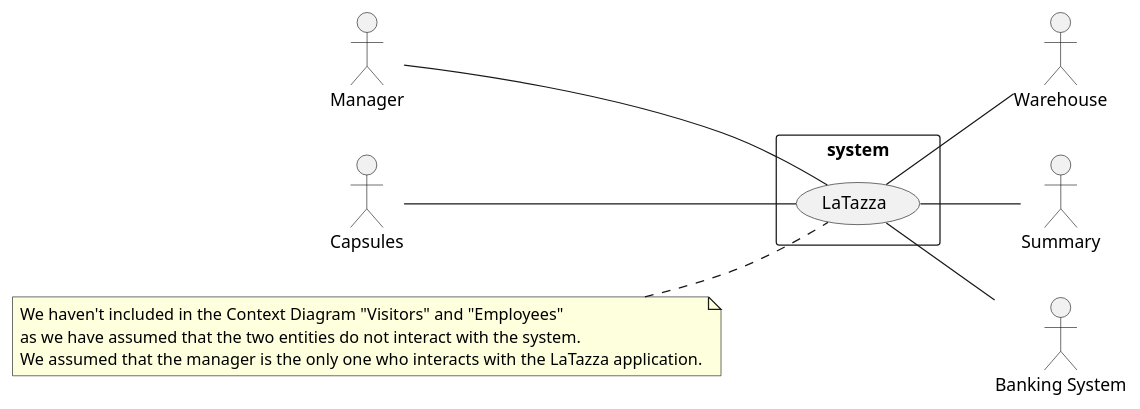
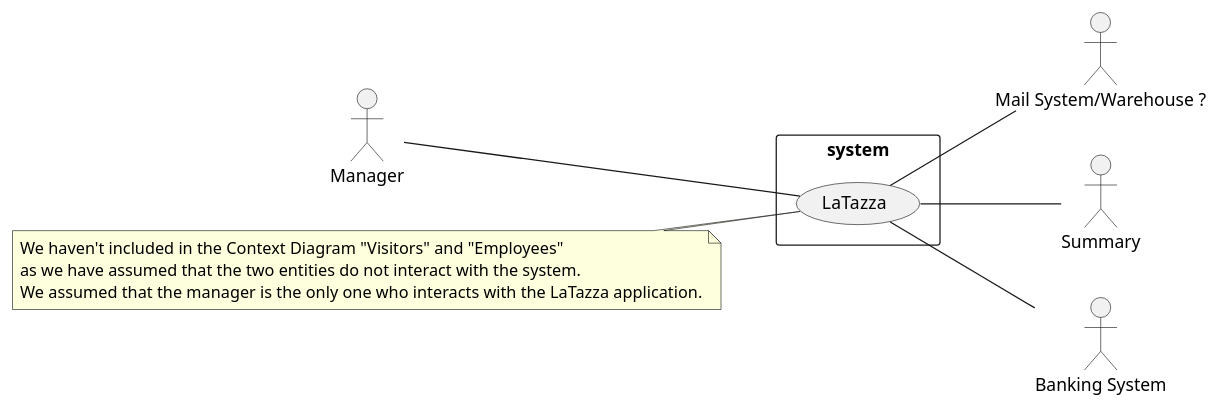
One commit to DarkSee/LaTazza changed the first of 4 diagrams in templates/RequirementsTemplate.md. Above: the diagram before and after it, drawn with PlantUML. The commit also changed other lines of this file, not shown here.

Commit message:
Update Stakeholders, Interfaces, Context Diagram

````diff
--- a/templates/RequirementsTemplate.md
+++ b/templates/RequirementsTemplate.md
@@ -56,30 +56,26 @@
 ```plantuml
 left to right direction
 skinparam packageStyle rectangle
 
 actor Manager as M
-actor Warehouse as W
+actor "Mail System/Warehouse ?" as W
 actor Summary as S
 actor "Banking System" as BS
-actor "Capsules" as C
+
 
 rectangle system {
   (LaTazza) as LT
    M -- LT
    LT -- S
    LT -- W
    LT -- BS
-   C -- LT  
+    
 }
 
 note left 
         We haven't included in the Context Diagram "Visitors" and "Employees" 
         as we have assumed that the two entities do not interact with the system.
         We assumed that the manager is the only one who interacts with the LaTazza application.
 end note
 
-
-
-
-
 ```
````
